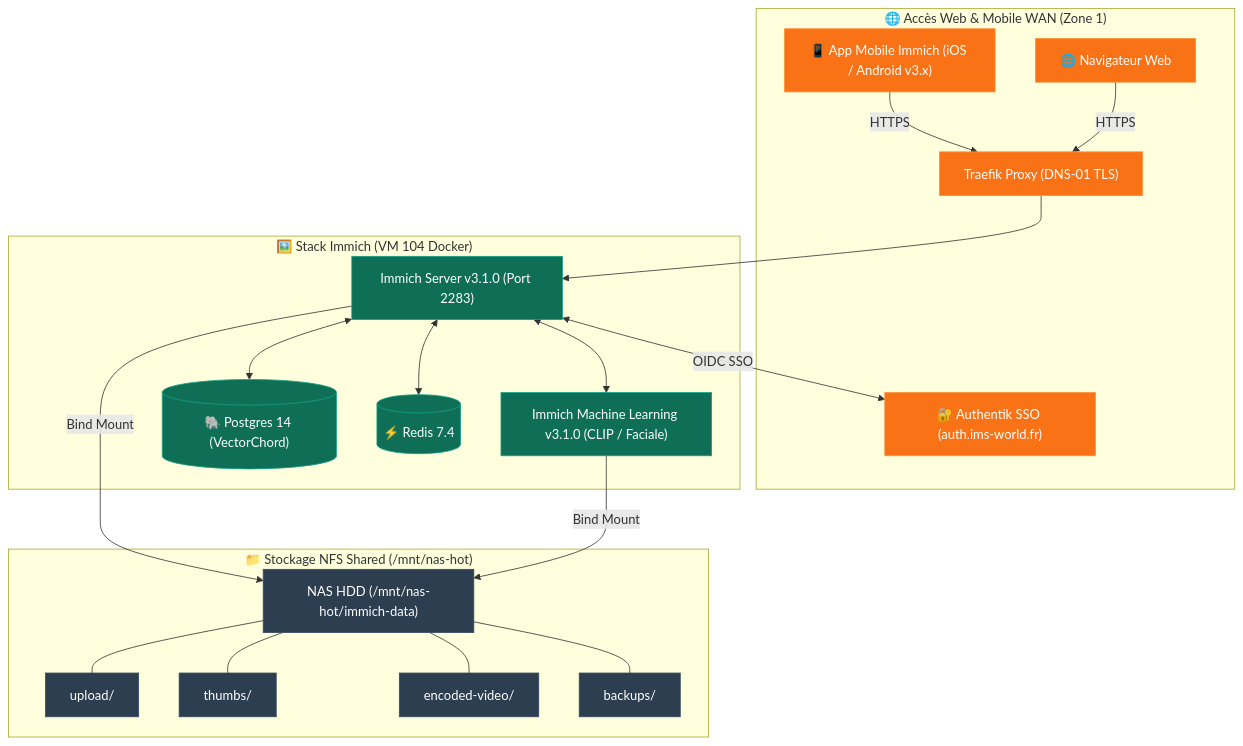
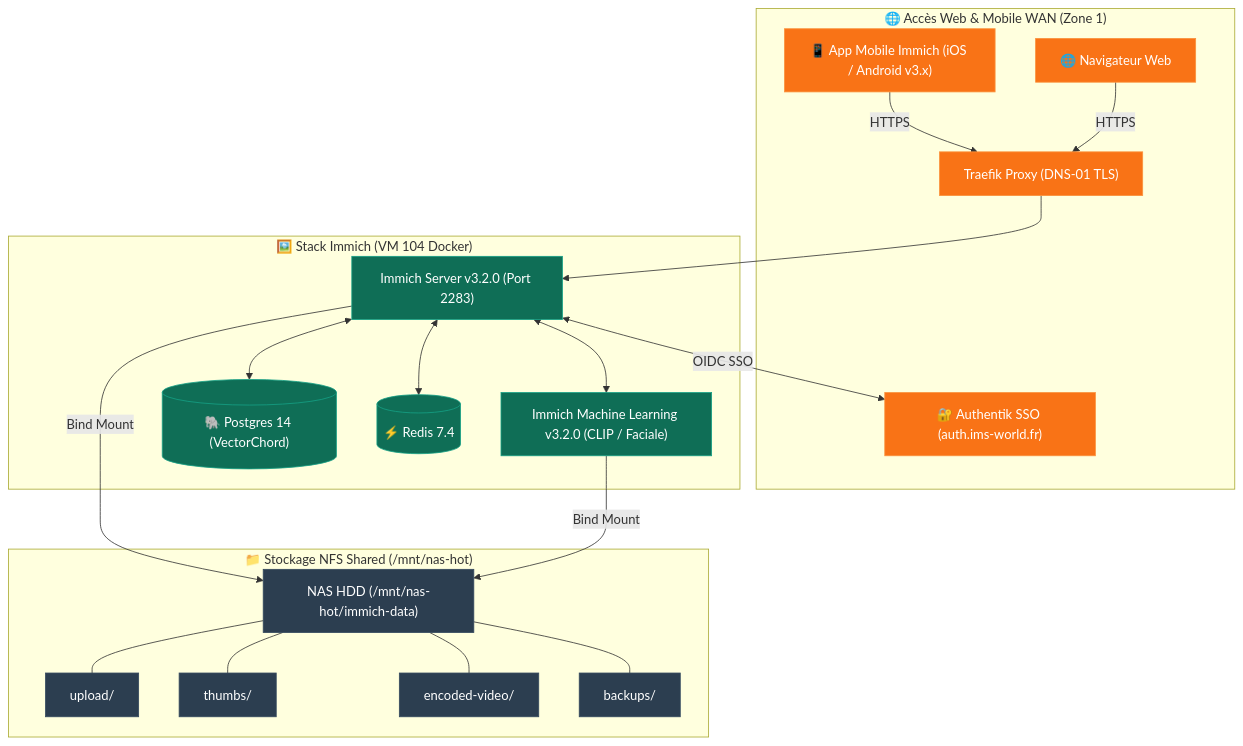
One commit to ims-world/docs changed the diagram in services/immich.md. Above: the diagram before and after it, drawn with Mermaid. The commit also changed other lines of this file and 5 other files, not shown here.

````diff
--- a/services/immich.md
+++ b/services/immich.md
@@ -59,49 +59,49 @@
 ```mermaid
 graph TB
     subgraph INGRESS ["🌐 Accès Web & Mobile WAN (Zone 1)"]
         MOBILE_APP["📱 App Mobile Immich (iOS / Android v3.x)"]
         WEB_USER["🌐 Navigateur Web"]
         TRAEFIK["Traefik Proxy (DNS-01 TLS)"]
         AUTHENTIK["🔐 Authentik SSO (auth.ims-world.fr)"]
     end
 
     subgraph IMMICH_STACK ["🖼️ Stack Immich (VM 104 Docker)"]
-        SERVER["Immich Server v3.1.0 (Port 2283)"]
-        ML["Immich Machine Learning v3.1.0 (CLIP / Faciale)"]
+        SERVER["Immich Server v3.2.0 (Port 2283)"]
+        ML["Immich Machine Learning v3.2.0 (CLIP / Faciale)"]
         DB[("🐘 Postgres 14 (VectorChord)")]
         REDIS[("⚡ Redis 7.4")]
     end
 
     subgraph NAS_STORAGE ["📁 Stockage NFS Shared (/mnt/nas-hot)"]
         NFS_IMMICH["NAS HDD (/mnt/nas-hot/immich-data)"]
         SUB_UPLOAD["upload/"]
         SUB_THUMBS["thumbs/"]
         SUB_ENCODED["encoded-video/"]
         SUB_BACKUPS["backups/"]
     end
 
     MOBILE_APP -->|HTTPS| TRAEFIK
     WEB_USER -->|HTTPS| TRAEFIK
 
     TRAEFIK --> SERVER
     SERVER <-->|OIDC SSO| AUTHENTIK
 
     SERVER <--> ML
     SERVER <--> DB
     SERVER <--> REDIS
 
     SERVER -->|Bind Mount| NFS_IMMICH
     ML -->|Bind Mount| NFS_IMMICH
 
     NFS_IMMICH --- SUB_UPLOAD
     NFS_IMMICH --- SUB_THUMBS
     NFS_IMMICH --- SUB_ENCODED
     NFS_IMMICH --- SUB_BACKUPS
 
     classDef web fill:#F97316,stroke:#FB923C,color:#fff;
     classDef stack fill:#0F6E56,stroke:#16A085,color:#fff;
     classDef nas fill:#2c3e50,stroke:#34495e,color:#fff;
     class MOBILE_APP,WEB_USER,TRAEFIK,AUTHENTIK web;
     class SERVER,ML,DB,REDIS stack;
     class NFS_IMMICH,SUB_UPLOAD,SUB_THUMBS,SUB_ENCODED,SUB_BACKUPS nas;
 ```
````
